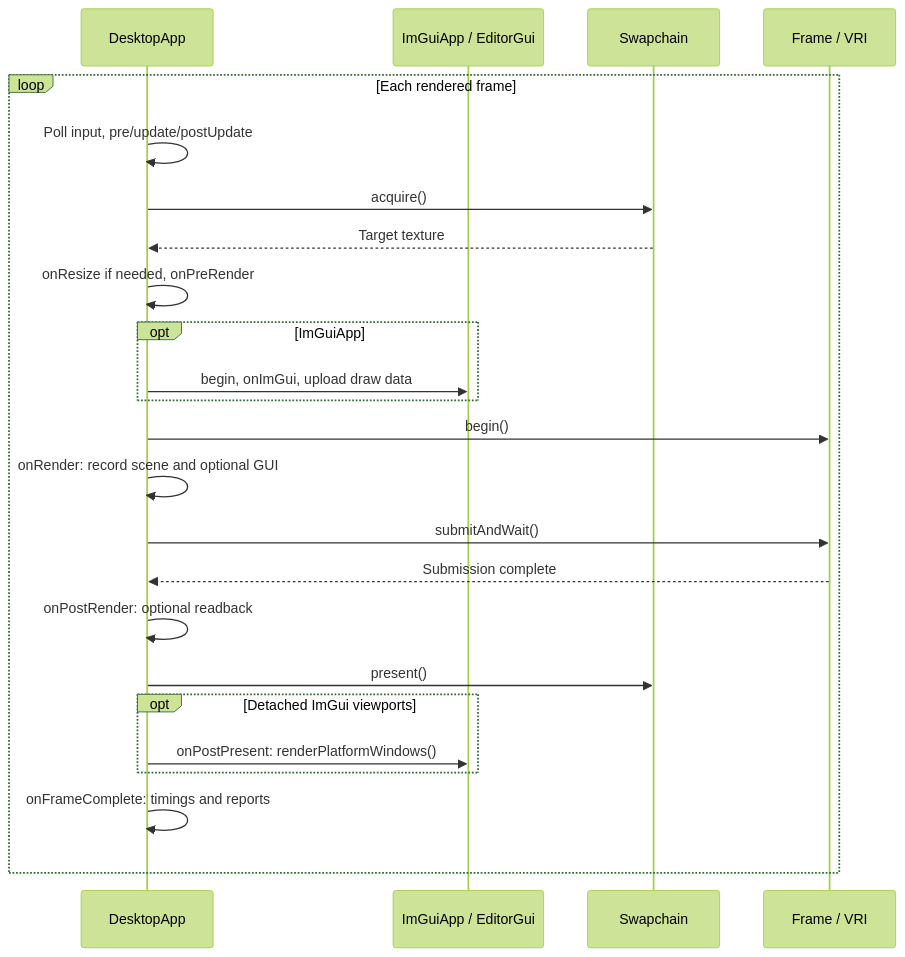
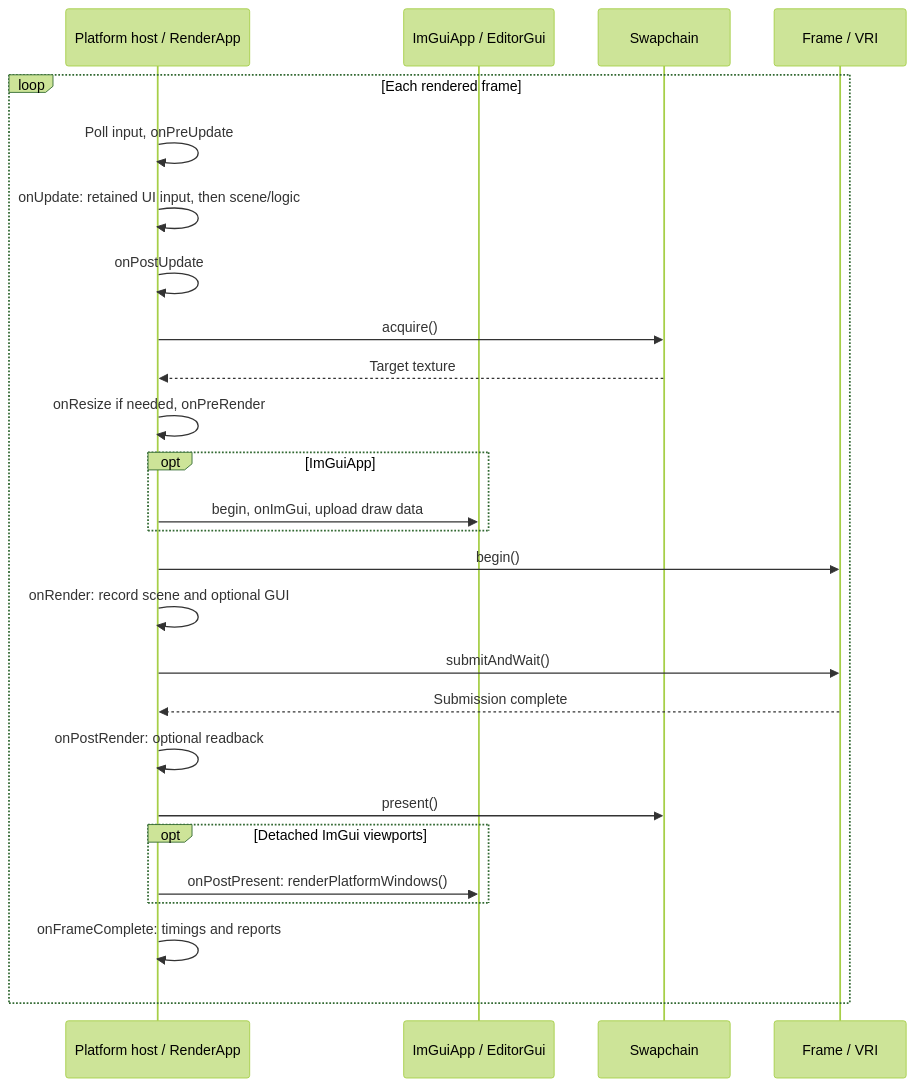
Before and after one commit to zzxzzk115/libvultra: the second of 3 diagrams in docs/architecture.md, drawn with Mermaid (forest theme). The commit also changed other lines of this file and 484 other files, not shown here.

Commit message:
refactor: isolate library features and harden render graph contracts

````diff
--- a/docs/architecture.md
+++ b/docs/architecture.md
@@ -106,27 +130,29 @@
 ```mermaid
 sequenceDiagram
-    participant App as DesktopApp
+    participant App as Platform host / RenderApp
     participant UI as ImGuiApp / EditorGui
     participant Swap as Swapchain
     participant Frame as Frame / VRI
 
     loop Each rendered frame
-        App->>App: Poll input, pre/update/postUpdate
+        App->>App: Poll input, onPreUpdate
+        App->>App: onUpdate: retained UI input, then scene/logic
+        App->>App: onPostUpdate
         App->>Swap: acquire()
         Swap-->>App: Target texture
         App->>App: onResize if needed, onPreRender
         opt ImGuiApp
             App->>UI: begin, onImGui, upload draw data
         end
         App->>Frame: begin()
         App->>App: onRender: record scene and optional GUI
         App->>Frame: submitAndWait()
         Frame-->>App: Submission complete
         App->>App: onPostRender: optional readback
         App->>Swap: present()
         opt Detached ImGui viewports
             App->>UI: onPostPresent: renderPlatformWindows()
         end
         App->>App: onFrameComplete: timings and reports
     end
 ```
````
